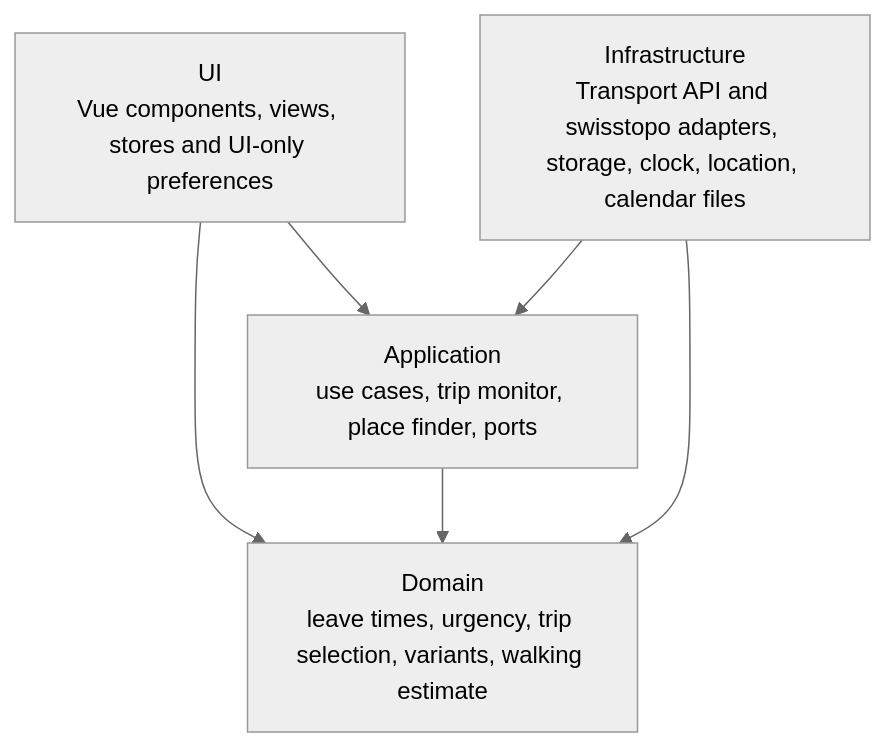
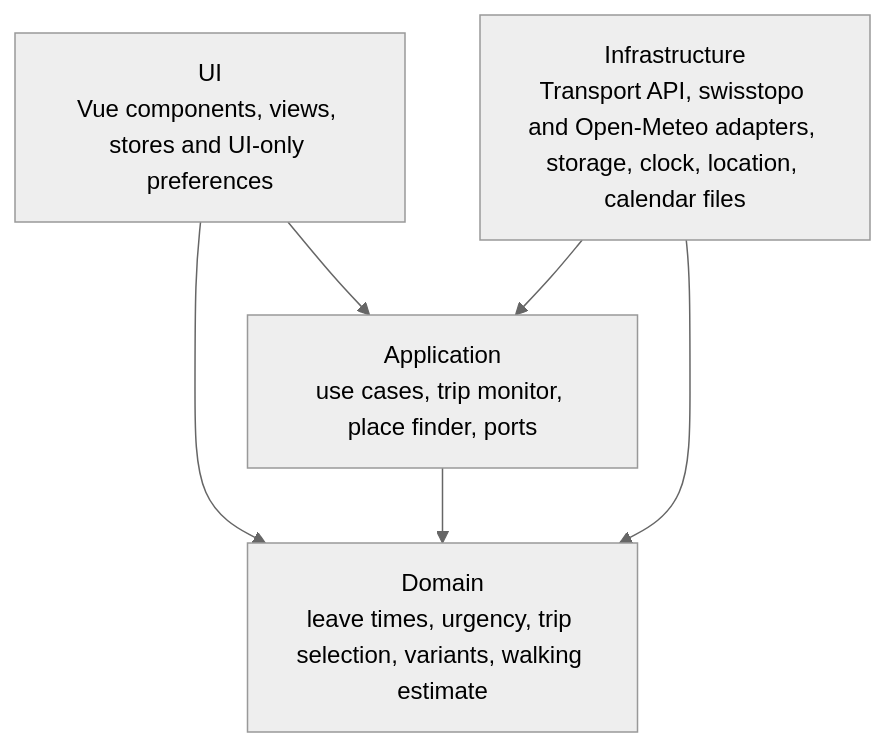
One commit to ndum/kairos changed the third of 4 diagrams in README.md. Above: the diagram before and after it, drawn with Mermaid (neutral theme). The commit also changed other lines of this file and 30 other files, not shown here.

````diff
--- a/README.md
+++ b/README.md
@@ -84,13 +86,13 @@
 ```mermaid
 flowchart TB
     ui[UI<br/>Vue components, views, stores and UI-only preferences]
     application[Application<br/>use cases, trip monitor, place finder, ports]
     domain[Domain<br/>leave times, urgency, trip selection, variants, walking estimate]
-    infrastructure[Infrastructure<br/>Transport API and swisstopo adapters, storage, clock, location, calendar files]
+    infrastructure[Infrastructure<br/>Transport API, swisstopo and Open-Meteo adapters, storage, clock, location, calendar files]
 
     ui --> application
     ui --> domain
     application --> domain
     infrastructure --> application
     infrastructure --> domain
 ```
````
